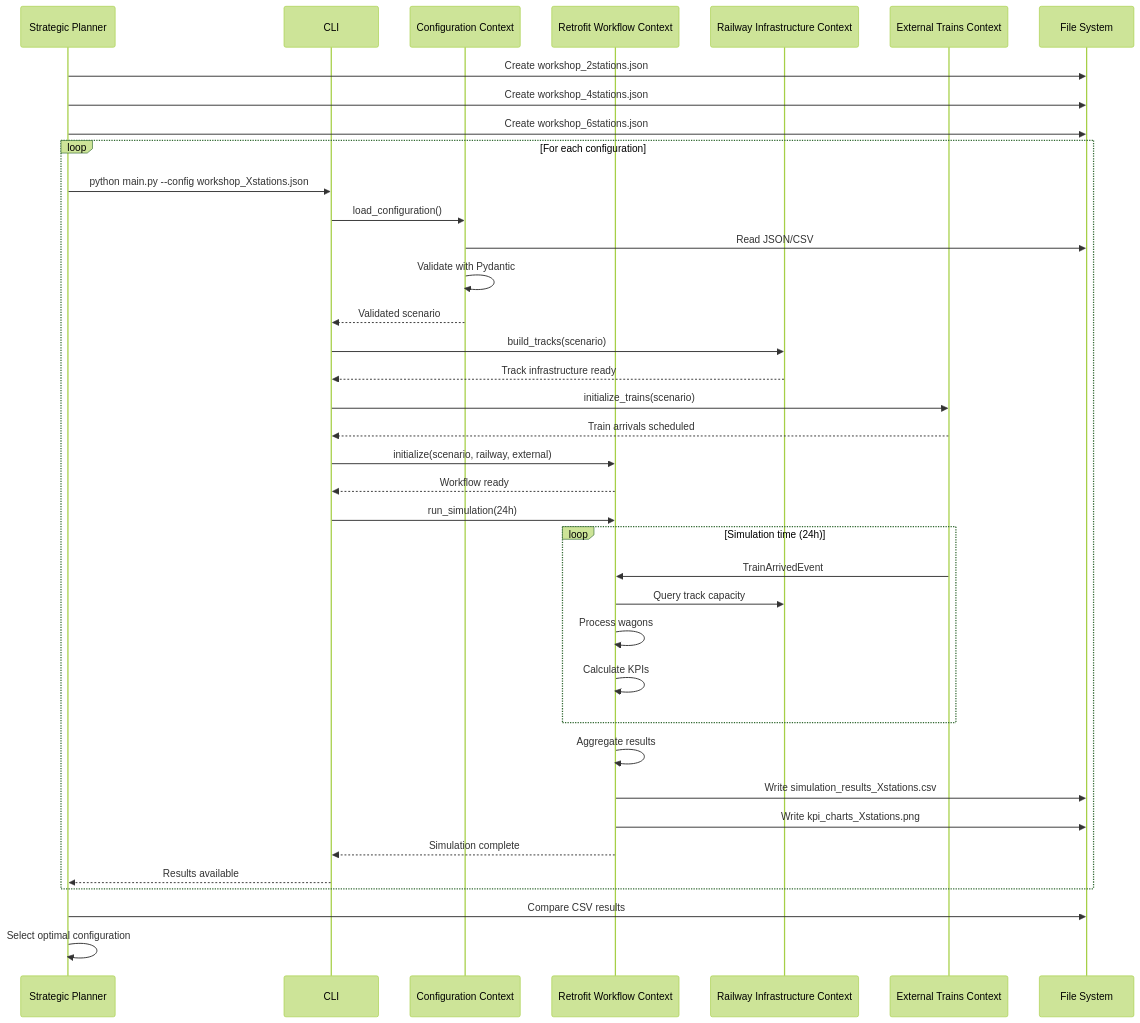
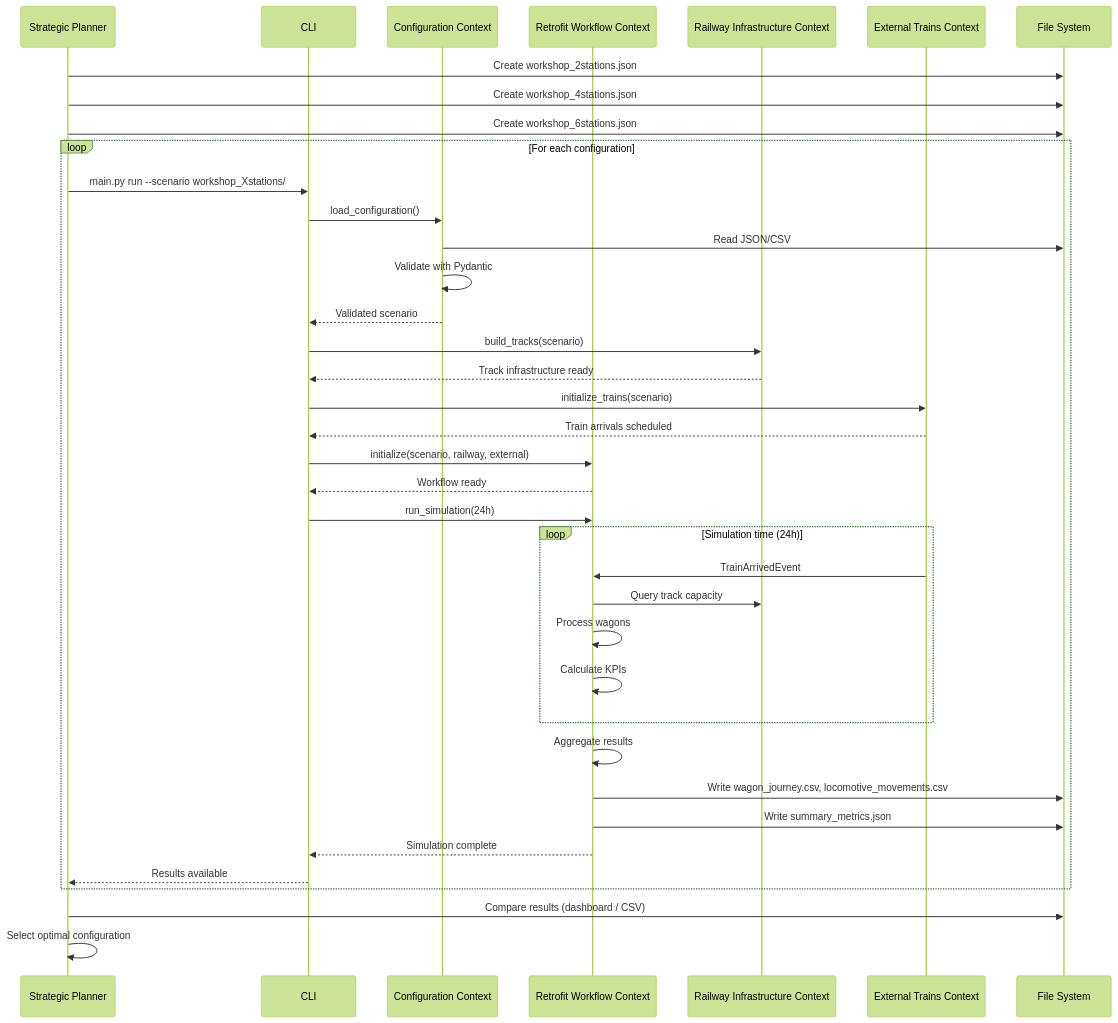
Before and after one commit to OpenRailAssociation/dac-migration-dss-popupsim: the first of 8 diagrams in docs/mvp/architecture/06-runtime.md, drawn with Mermaid (forest theme). The commit also changed other lines of this file and 73 other files, not shown here.

````diff
--- a/docs/mvp/architecture/06-runtime.md
+++ b/docs/mvp/architecture/06-runtime.md
@@ -15,49 +15,49 @@
 ```mermaid
 sequenceDiagram
     participant Planner as Strategic Planner
     participant CLI as CLI
     participant Config as Configuration Context
     participant Retrofit as Retrofit Workflow Context
     participant Railway as Railway Infrastructure Context
     participant External as External Trains Context
     participant Files as File System
 
     Planner->>Files: Create workshop_2stations.json
     Planner->>Files: Create workshop_4stations.json
     Planner->>Files: Create workshop_6stations.json
 
     loop For each configuration
-        Planner->>CLI: python main.py --config workshop_Xstations.json
+        Planner->>CLI: main.py run --scenario workshop_Xstations/
         CLI->>Config: load_configuration()
         Config->>Files: Read JSON/CSV
         Config->>Config: Validate with Pydantic
         Config-->>CLI: Validated scenario
 
         CLI->>Railway: build_tracks(scenario)
         Railway-->>CLI: Track infrastructure ready
         
         CLI->>External: initialize_trains(scenario)
         External-->>CLI: Train arrivals scheduled
         
         CLI->>Retrofit: initialize(scenario, railway, external)
         Retrofit-->>CLI: Workflow ready
 
         CLI->>Retrofit: run_simulation(24h)
 
         loop Simulation time (24h)
             External->>Retrofit: TrainArrivedEvent
             Retrofit->>Railway: Query track capacity
             Retrofit->>Retrofit: Process wagons
             Retrofit->>Retrofit: Calculate KPIs
         end
 
         Retrofit->>Retrofit: Aggregate results
-        Retrofit->>Files: Write simulation_results_Xstations.csv
-        Retrofit->>Files: Write kpi_charts_Xstations.png
+        Retrofit->>Files: Write wagon_journey.csv, locomotive_movements.csv
+        Retrofit->>Files: Write summary_metrics.json
         Retrofit-->>CLI: Simulation complete
         CLI-->>Planner: Results available
     end
 
-    Planner->>Files: Compare CSV results
+    Planner->>Files: Compare results (dashboard / CSV)
     Planner->>Planner: Select optimal configuration
 ```
````
